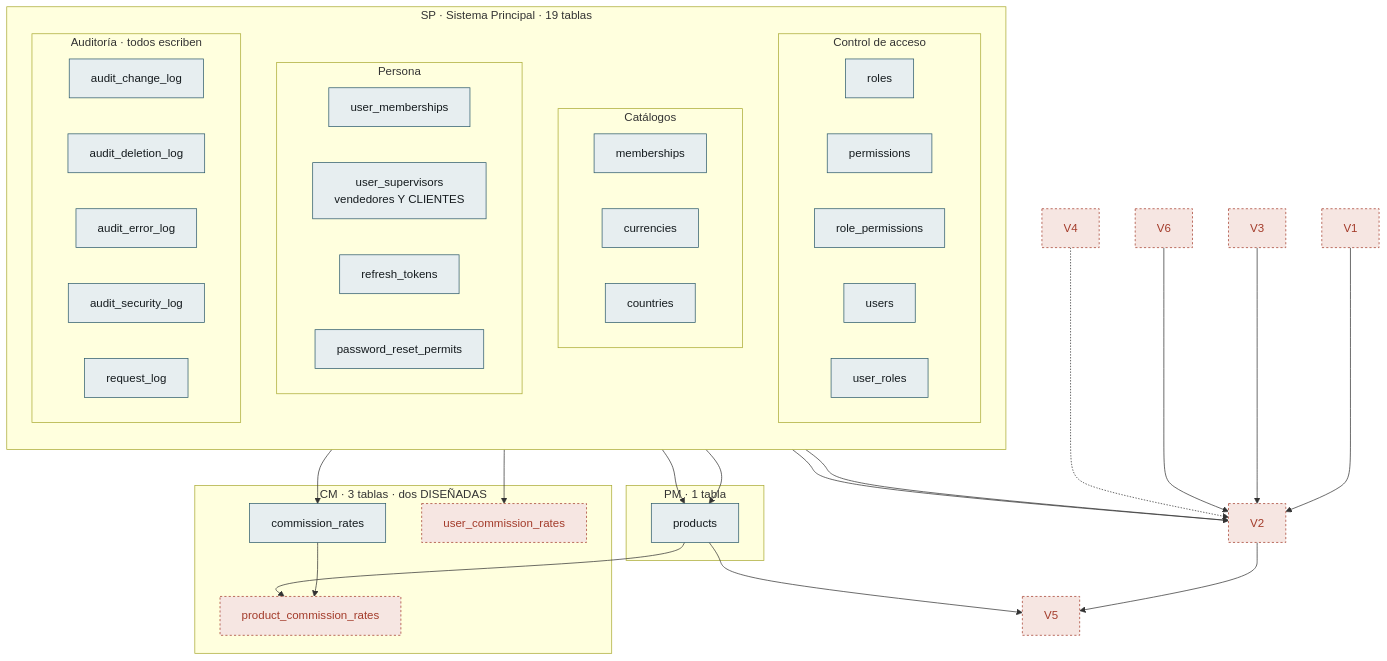
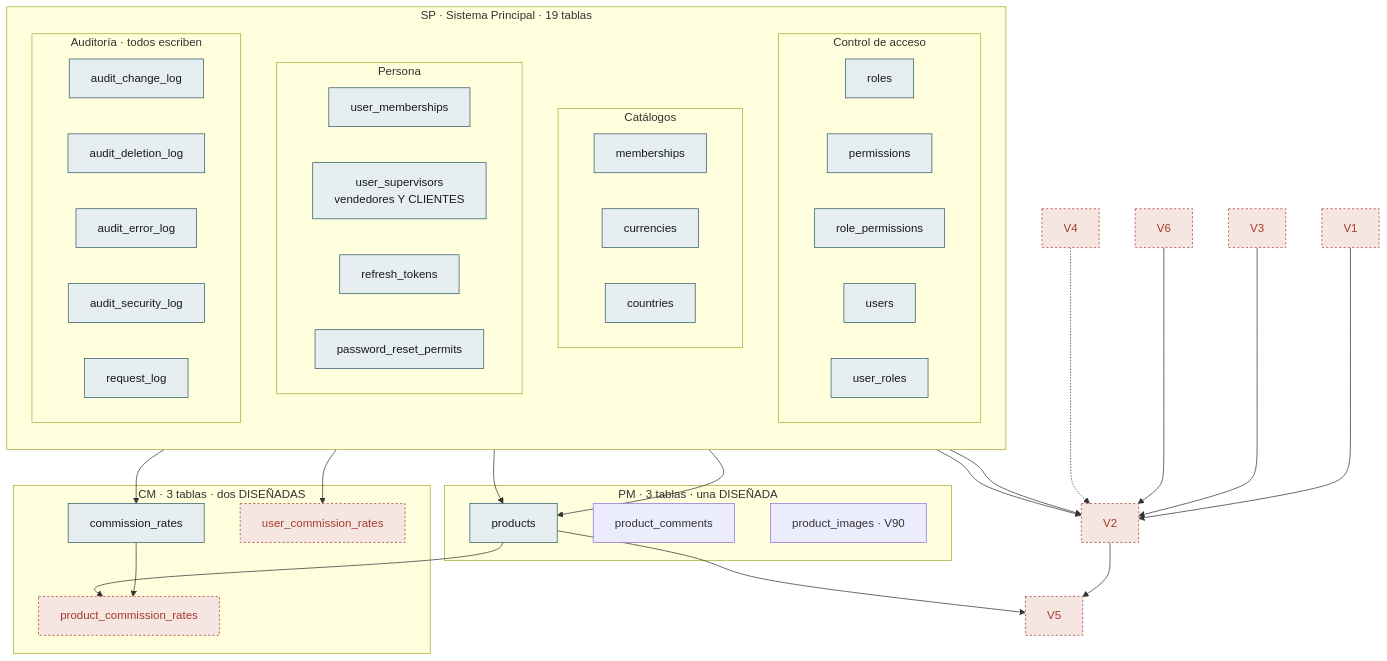
Before and after one commit to NexusPro-Dev/backend: the fifth of 5 diagrams in docs/modelo-datos.md, drawn with Mermaid. The commit also changed other lines of this file and 30 other files, not shown here.

````diff
--- a/docs/modelo-datos.md
+++ b/docs/modelo-datos.md
@@ -600,67 +619,69 @@
 ```mermaid
 flowchart TB
     subgraph SP["SP · Sistema Principal · 19 tablas"]
         direction TB
         subgraph ACC["Control de acceso"]
             direction LR
             A1["roles"]
             A2["permissions"]
             A3["role_permissions"]
             C1["users"]
             C2["user_roles"]
         end
         subgraph CAT["Catálogos"]
             direction LR
             A4["memberships"]
             A5["currencies"]
             A6["countries"]
         end
         subgraph PER["Persona"]
             direction LR
             C6["user_memberships"]
             C4["user_supervisors<br/>vendedores Y CLIENTES"]
             C3["refresh_tokens"]
             C5["password_reset_permits"]
         end
         subgraph AUD["Auditoría · todos escriben"]
             direction LR
             B1["audit_change_log"]
             B2["audit_deletion_log"]
             B3["audit_error_log"]
             B4["audit_security_log"]
             OBS["request_log"]
         end
     end
 
-    subgraph PM["PM · 1 tabla"]
+    subgraph PM["PM · 3 tablas · una DISEÑADA"]
         P1["products"]
+        P2["product_comments"]
+        P3["product_images · V90"]
     end
 
     subgraph CM["CM · 3 tablas · dos DISEÑADAS"]
         M1["commission_rates"]
         M2["user_commission_rates"]
         M3["product_commission_rates"]
     end
 
 
     A4 --> P1
     A5 --> P1
     A1 --> M1
     M1 --> M3
     P1 --> M3
     C1 --> M2
     V2 --> V5
     P1 --> V5
     C1 --> V2
     A5 --> V2
     V1 --> V2
     V3 --> V2
     V6 --> V2
     V4 -.-> V2
 
     classDef escrita fill:#e7eef0,stroke:#2d5a6b,color:#151b1e
     classDef disenada fill:#f6e6e2,stroke:#a33b2a,stroke-dasharray:3 3,color:#a33b2a
     class A1,A2,A3,A4,A5,A6,B1,B2,B3,B4,C1,C2,C3,C4,C5,C6,OBS,P1,M1 escrita
     class M2,M3 disenada
     class V1,V2,V3,V4,V5,V6 disenada
 ```
````
